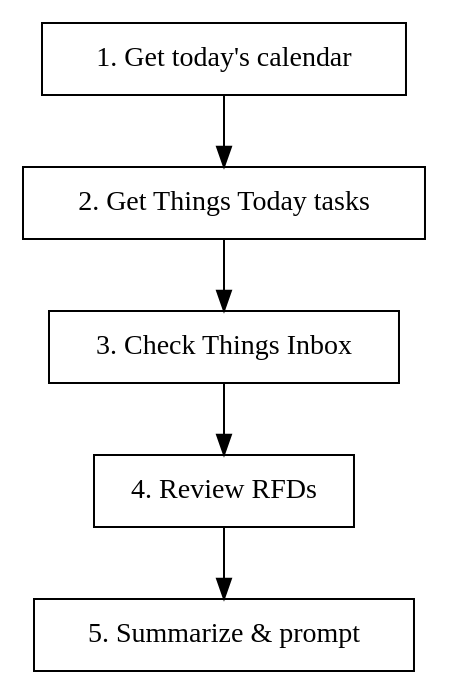
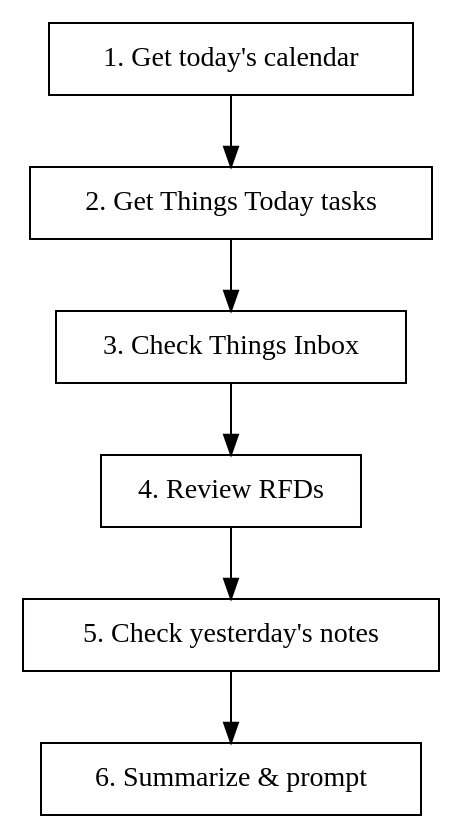
Before and after one commit to jhuggart/dotfiles: the diagram in claude/commands/daily.md, drawn with Graphviz. The commit also changed other lines of this file, not shown here.

Commit message:
Add yesterday's notes transcription prompt to daily command

````diff
--- a/claude/commands/daily.md
+++ b/claude/commands/daily.md
@@ -8,11 +8,12 @@
 ```dot
 digraph daily {
     rankdir=TB;
     node [shape=box];
 
     "1. Get today's calendar" -> "2. Get Things Today tasks";
     "2. Get Things Today tasks" -> "3. Check Things Inbox";
     "3. Check Things Inbox" -> "4. Review RFDs";
-    "4. Review RFDs" -> "5. Summarize & prompt";
+    "4. Review RFDs" -> "5. Check yesterday's notes";
+    "5. Check yesterday's notes" -> "6. Summarize & prompt";
 }
 ```
````
